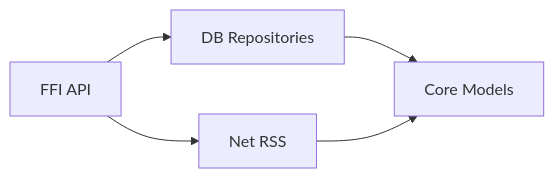
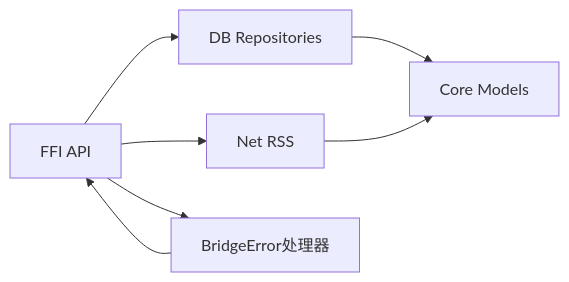
The fifth of 5 diagrams in .qoder/repowiki/zh/content/RSS订阅系统/RSS订阅系统.md (ZhangGHGitHub/LegadoTeamFlutter), drawn with Mermaid before and after one commit. The commit also changed other lines of this file and 68 other files, not shown here.

````diff
--- a/.qoder/repowiki/zh/content/RSS订阅系统/RSS订阅系统.md
+++ b/.qoder/repowiki/zh/content/RSS订阅系统/RSS订阅系统.md
@@ -342,7 +370,9 @@
 ```mermaid
 graph LR
 FFI["FFI API"] --> DB["DB Repositories"]
 FFI --> NET["Net RSS"]
+FFI --> ErrorHandler["BridgeError处理器"]
 DB --> CORE["Core Models"]
 NET --> CORE
+ErrorHandler --> FFI
 ```
````
